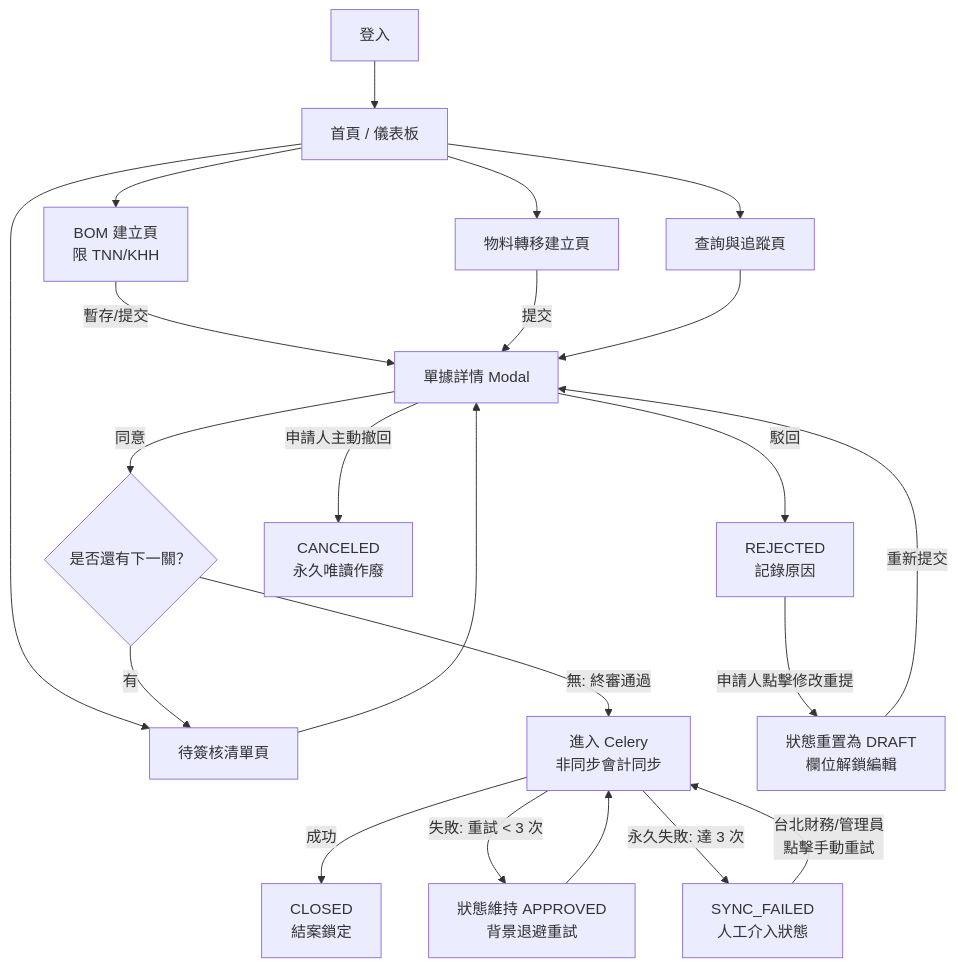
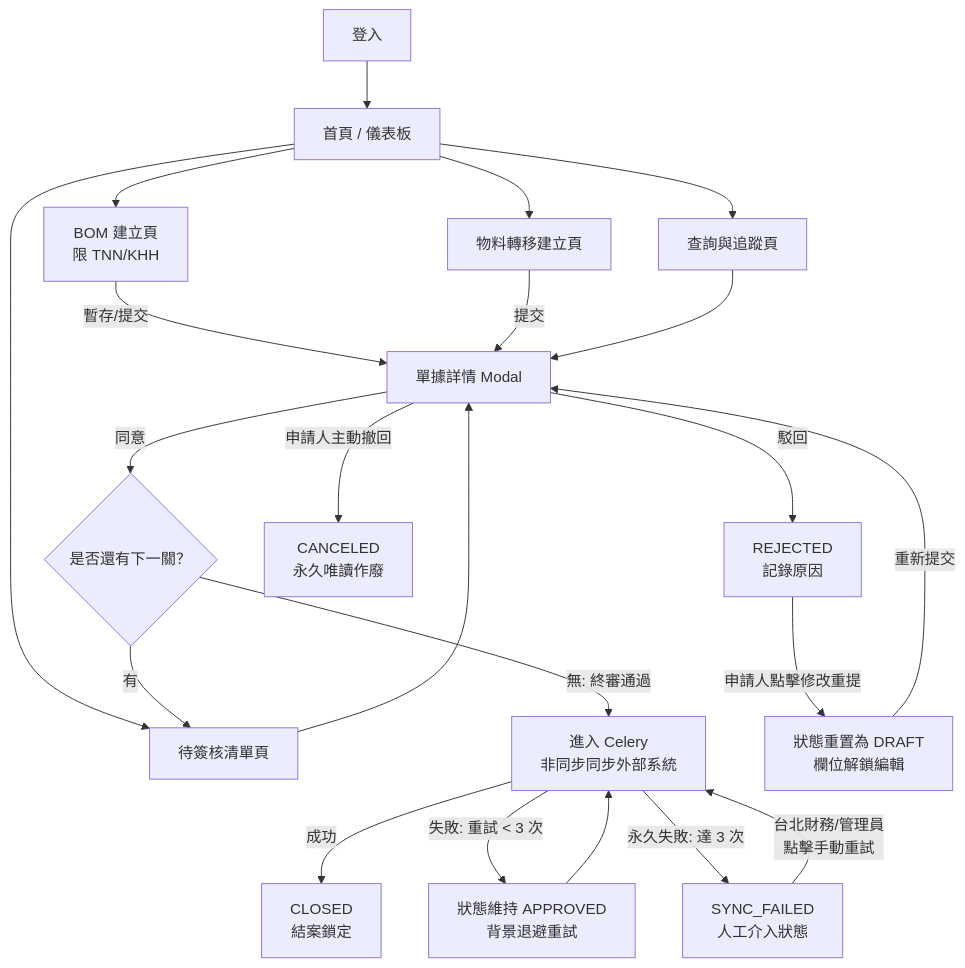
Before and after one commit to Kailunlin/SignOffSystem: diagram 11 of 11 in docs/SA.md, drawn with Mermaid. The commit also changed other lines of this file and 2 other files, not shown here.

````diff
--- a/docs/SA.md
+++ b/docs/SA.md
@@ -678,29 +739,29 @@
 ```mermaid
 graph TD
     Login[登入] --> Dashboard[首頁 / 儀表板]
     Dashboard --> CreateBOM[BOM 建立頁 <br>限 TNN/KHH]
     Dashboard --> CreateTransfer[物料轉移建立頁]
     Dashboard --> Pending[待簽核清單頁]
     Dashboard --> Search[查詢與追蹤頁]
 
     CreateBOM -->|暫存/提交| Detail[單據詳情 Modal]
     CreateTransfer -->|提交| Detail
     Pending --> Detail
     Search --> Detail
 
     Detail -->|同意| NextStep{是否還有下一關？}
     NextStep -->|有| Pending
-    NextStep -->|無: 終審通過| Accounting[進入 Celery <br>非同步會計同步]
+    NextStep -->|無: 終審通過| ExternalSync[進入 Celery <br>非同步同步外部系統]
     
-    Accounting -->|成功| Closed[CLOSED <br>結案鎖定]
-    Accounting -->|失敗: 重試 < 3 次| Retry[狀態維持 APPROVED <br>背景退避重試]
-    Retry --> Accounting
-    Accounting -->|永久失敗: 達 3 次| SyncFailed[SYNC_FAILED <br>人工介入狀態]
+    ExternalSync -->|成功| Closed[CLOSED <br>結案鎖定]
+    ExternalSync -->|失敗: 重試 < 3 次| Retry[狀態維持 APPROVED <br>背景退避重試]
+    Retry --> ExternalSync
+    ExternalSync -->|永久失敗: 達 3 次| SyncFailed[SYNC_FAILED <br>人工介入狀態]
     
-    SyncFailed -->|台北財務/管理員 <br>點擊手動重試| Accounting
+    SyncFailed -->|台北財務/管理員 <br>點擊手動重試| ExternalSync
     
     Detail -->|駁回| Rejected[REJECTED <br>記錄原因]
     Rejected -->|申請人點擊修改重提| Draft[狀態重置為 DRAFT <br>欄位解鎖編輯]
     Draft -->|重新提交| Detail
     Detail -->|申請人主動撤回| Canceled[CANCELED <br>永久唯讀作廢]
 ```
````
